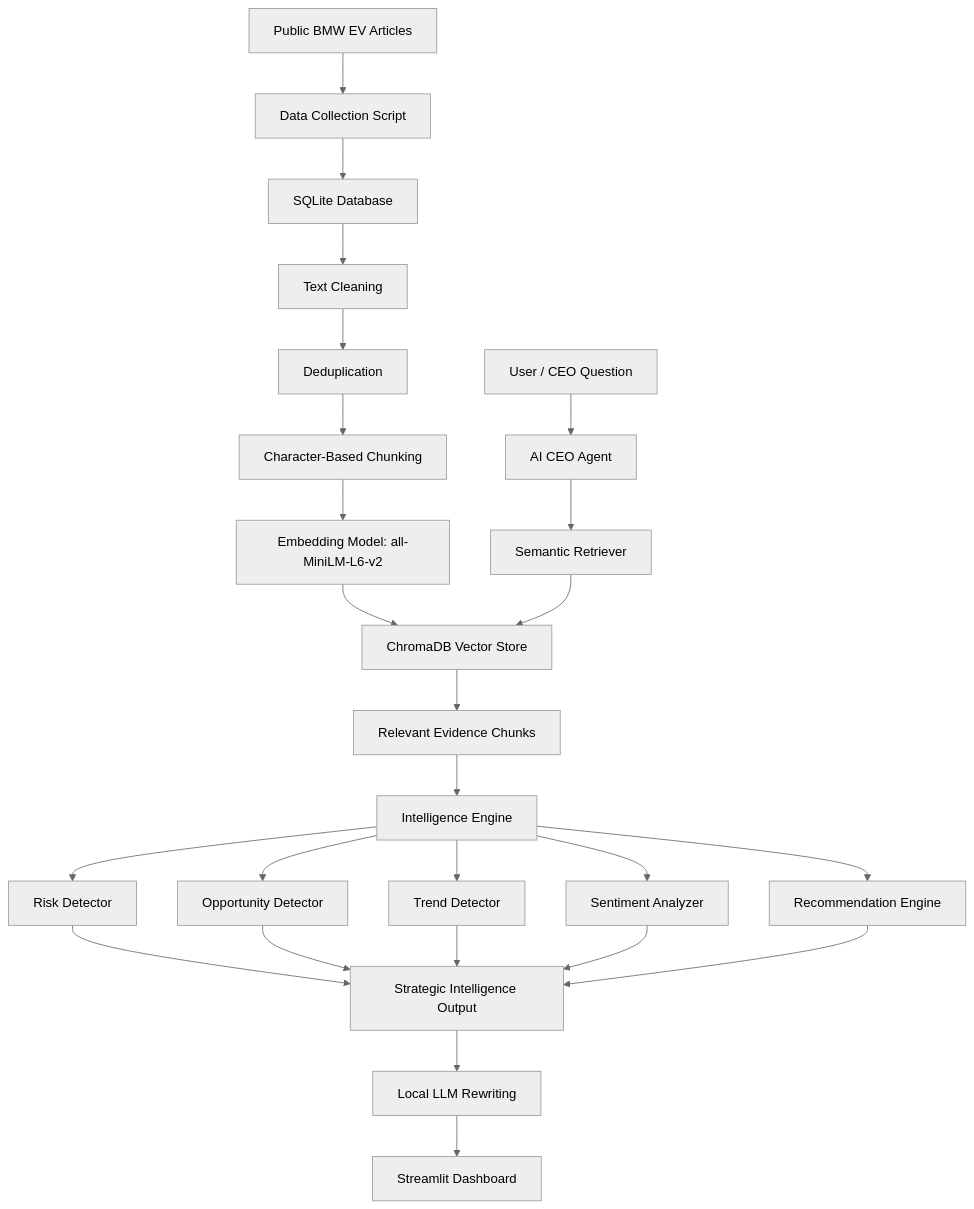
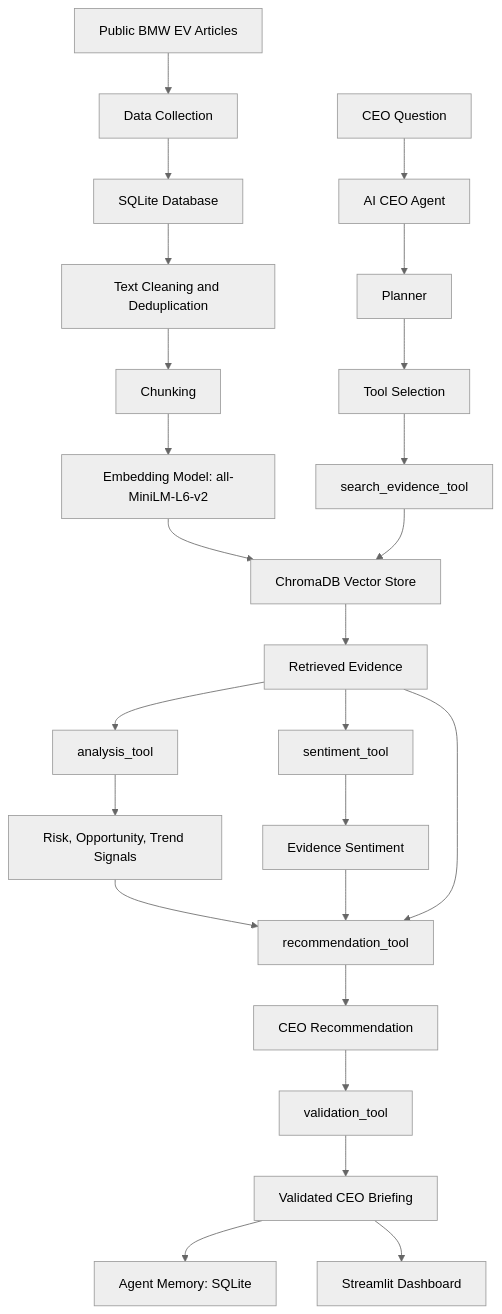
Before and after one commit to KshitijaSatpute/ai-ceo-strategic-intelligence-agent-bmw: the diagram in README.md, drawn with Mermaid (neutral theme). The commit also changed other lines of this file, not shown here.

Commit message:
Update README for clean single agent architecture

````diff
--- a/README.md
+++ b/README.md
@@ -83,33 +87,36 @@
 ```mermaid
 flowchart TD
-    A[Public BMW EV Articles] --> B[Data Collection Script]
+    A[Public BMW EV Articles] --> B[Data Collection]
     B --> C[SQLite Database]
 
-    C --> D[Text Cleaning]
-    D --> E[Deduplication]
-    E --> F[Character-Based Chunking]
+    C --> D[Text Cleaning and Deduplication]
+    D --> E[Chunking]
+    E --> F[Embedding Model: all-MiniLM-L6-v2]
+    F --> G[ChromaDB Vector Store]
 
-    F --> G[Embedding Model: all-MiniLM-L6-v2]
-    G --> H[ChromaDB Vector Store]
+    H[CEO Question] --> I[AI CEO Agent]
 
-    I[User / CEO Question] --> J[AI CEO Agent]
-    J --> K[Semantic Retriever]
-    K --> H
-    H --> L[Relevant Evidence Chunks]
+    I --> J[Planner]
+    J --> K[Tool Selection]
 
-    L --> M[Intelligence Engine]
-    M --> N[Risk Detector]
-    M --> O[Opportunity Detector]
-    M --> P[Trend Detector]
-    M --> Q[Sentiment Analyzer]
-    M --> R[Recommendation Engine]
+    K --> L[search_evidence_tool]
+    L --> G
+    G --> M[Retrieved Evidence]
 
-    N --> S[Strategic Intelligence Output]
-    O --> S
-    P --> S
-    Q --> S
-    R --> S
+    M --> N[analysis_tool]
+    M --> O[sentiment_tool]
 
-    S --> T[Local LLM Rewriting]
-    T --> U[Streamlit Dashboard]
+    N --> P[Risk, Opportunity, Trend Signals]
+    O --> Q[Evidence Sentiment]
+
+    P --> R[recommendation_tool]
+    Q --> R
+    M --> R
+
+    R --> S[CEO Recommendation]
+    S --> T[validation_tool]
+    T --> U[Validated CEO Briefing]
+
+    U --> V[Agent Memory: SQLite]
+    U --> W[Streamlit Dashboard]
 ```
````
